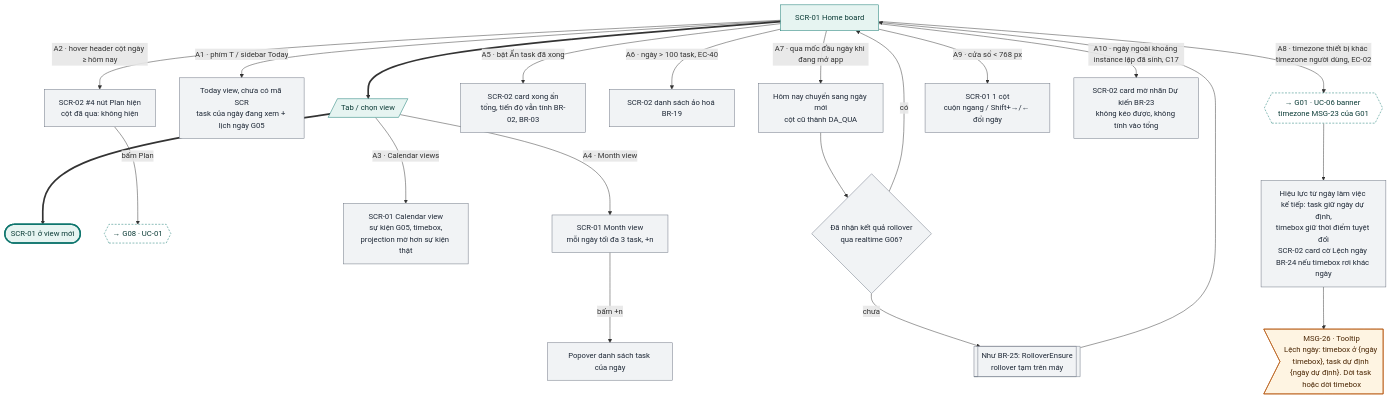
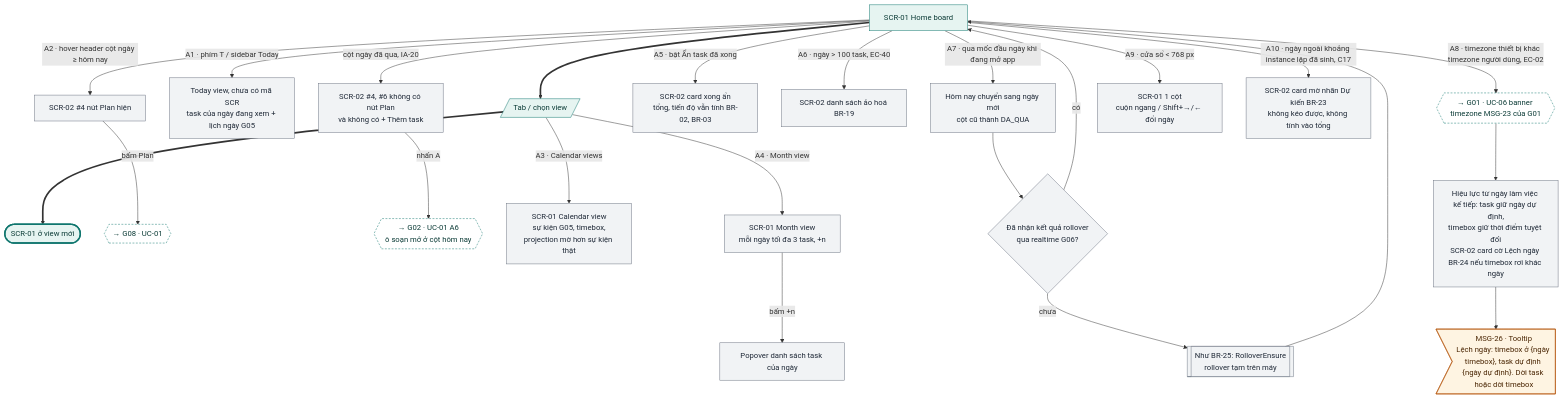
One commit to tannguyenho/personal-app changed the second of 20 diagrams in docs/design-brief/flow/g04-board-ngay.md. Above: the diagram before and after it, drawn with Mermaid. The commit also changed other lines of this file and 5 other files, not shown here.

First line of the commit message:
docs: đưa IA-05, IA-15, IA-17, IA-19, IA-20 vào use case và flow

````diff
--- a/docs/design-brief/flow/g04-board-ngay.md
+++ b/docs/design-brief/flow/g04-board-ngay.md
@@ -62,41 +62,45 @@
 ```mermaid
 flowchart TD
   s1["SCR-01 Home board"]
   u2[/"Tab / chọn view"/]
   ok(["SCR-01 ở view mới"])
   s1 ==> u2 ==> ok
 
   s1 -->|"A1 · phím T / sidebar Today"| a1["Today view, chưa có mã SCR<br/>task của ngày đang xem + lịch ngày G05"]
-  s1 -->|"A2 · hover header cột ngày ≥ hôm nay"| a2["SCR-02 #4 nút Plan hiện<br/>cột đã qua: không hiện"]
+  s1 -->|"A2 · hover header cột ngày ≥ hôm nay"| a2["SCR-02 #4 nút Plan hiện"]
   a2 -->|"bấm Plan"| a2x{{"→ G08 · UC-01"}}
+  s1 -->|"cột ngày đã qua, IA-20"| ia20["SCR-02 #4, #6 không có nút Plan<br/>và không có + Thêm task"]
+  ia20 -->|"nhấn A"| ia20x{{"→ G02 · UC-01 A6<br/>ô soạn mở ở cột hôm nay"}}
   u2 -->|"A3 · Calendar views"| a3["SCR-01 Calendar view<br/>sự kiện G05, timebox,<br/>projection mờ hơn sự kiện thật"]
   u2 -->|"A4 · Month view"| a4["SCR-01 Month view<br/>mỗi ngày tối đa 3 task, +n"]
   a4 -->|"bấm +n"| a4b["Popover danh sách task của ngày"]
   s1 -->|"A5 · bật Ẩn task đã xong"| a5["SCR-02 card xong ẩn<br/>tổng, tiến độ vẫn tính BR-02, BR-03"]
   s1 -->|"A6 · ngày > 100 task, EC-40"| a6["SCR-02 danh sách ảo hoá BR-19"]
   s1 -->|"A7 · qua mốc đầu ngày khi đang mở app"| a7["Hôm nay chuyển sang ngày mới<br/>cột cũ thành DA_QUA"]
   a7 --> d7{"Đã nhận kết quả rollover<br/>qua realtime G06?"}
   d7 -->|"có"| s1
   d7 -->|"chưa"| a7b[["Như BR-25: RolloverEnsure<br/>rollover tạm trên máy"]]
   a7b --> s1
   s1 -->|"A8 · timezone thiết bị khác timezone người dùng, EC-02"| a8x{{"→ G01 · UC-06 banner timezone MSG-23 của G01"}}
   a8x --> a8["Hiệu lực từ ngày làm việc kế tiếp: task giữ ngày dự định,<br/>timebox giữ thời điểm tuyệt đối<br/>SCR-02 card cờ Lệch ngày BR-24 nếu timebox rơi khác ngày"]
   a8 --> a8m>"MSG-26 · Tooltip<br/>Lệch ngày: timebox ở {ngày timebox}, task dự định {ngày dự định}. Dời task hoặc dời timebox"]
   s1 -->|"A9 · cửa sổ < 768 px"| a9["SCR-01 1 cột<br/>cuộn ngang / Shift+→/← đổi ngày"]
   s1 -->|"A10 · ngày ngoài khoảng instance lặp đã sinh, C17"| a10["SCR-02 card mờ nhãn Dự kiến BR-23<br/>không kéo được, không tính vào tổng"]
 
   class s1,u2 happy
+  class ia20 alt
+  class ia20x link
   class a1,a2,a3,a4,a4b,a5,a6,a7,d7,a7b,a8,a9,a10 alt
   class a8m warn
   class a2x,a8x link
   class ok done
   classDef happy fill:#E6F4F1,stroke:#0F766E,color:#0B3B36
   classDef alt fill:#F1F3F5,stroke:#6B7280,color:#1F2937
   classDef err fill:#FDECEC,stroke:#B42318,color:#5C1010
   classDef warn fill:#FEF4E2,stroke:#B45309,color:#4A2604
   classDef ai fill:#F1ECFD,stroke:#6D28D9,color:#2E1065
   classDef sync fill:#FFFFFF,stroke:#6B7280,stroke-dasharray:4 3,color:#1F2937
   classDef link fill:#FFFFFF,stroke:#0F766E,stroke-dasharray:4 3,color:#0B3B36
   classDef done fill:#E6F4F1,stroke:#0F766E,stroke-width:3px,color:#0B3B36
   classDef fail fill:#FDECEC,stroke:#B42318,stroke-width:3px,color:#5C1010
 ```
````
